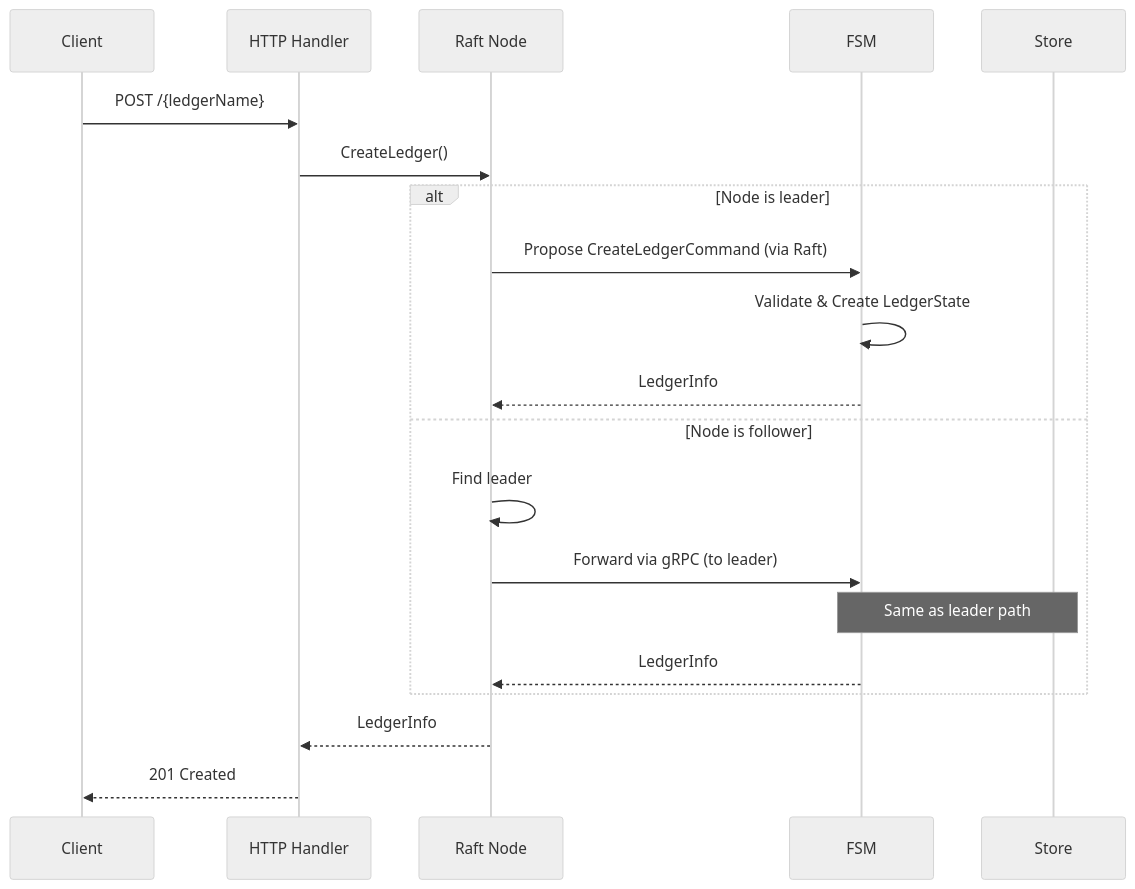
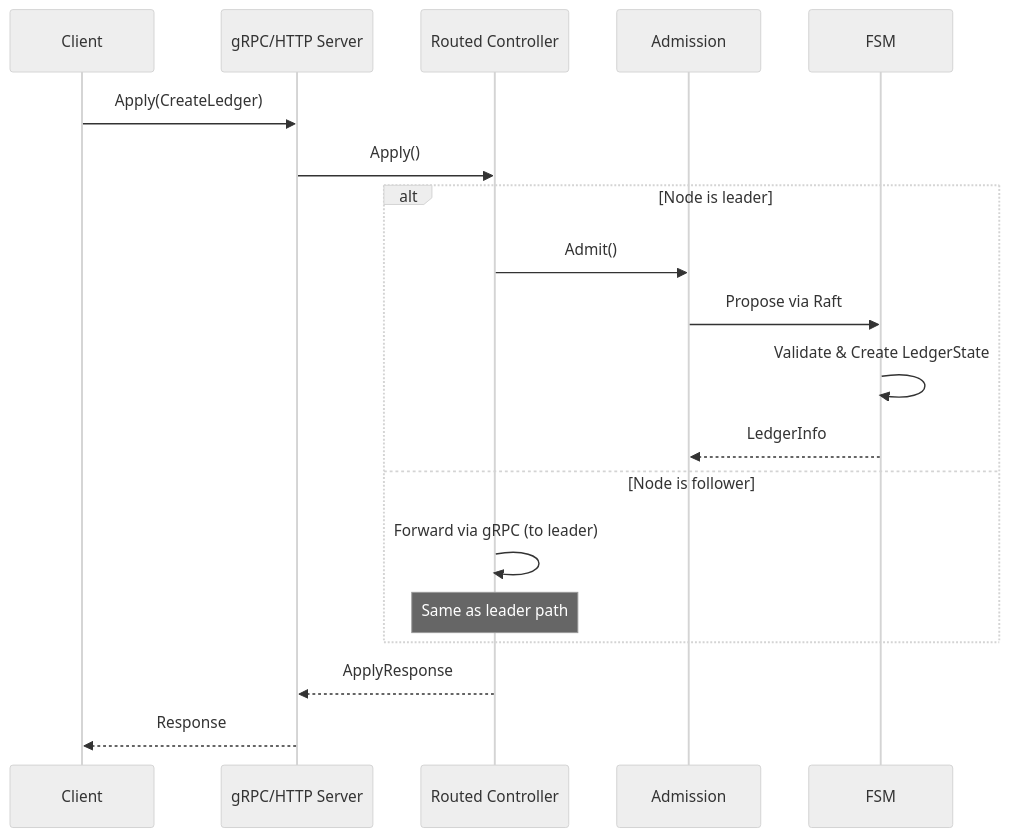
One commit to formancehq/ledger changed the fourth of 6 diagrams in docs/architecture/architecture.md. Above: the diagram before and after it, drawn with Mermaid (neutral theme). The commit also changed other lines of this file and 10 other files, not shown here.

First line of the commit message:
docs: fix outdated architecture documentation across 10 files

````diff
--- a/docs/architecture/architecture.md
+++ b/docs/architecture/architecture.md
@@ -194,25 +196,24 @@
 ```mermaid
 sequenceDiagram
     participant Client
-    participant HTTP as HTTP Handler
-    participant RaftNode as Raft Node
+    participant API as gRPC/HTTP Server
+    participant Ctrl as Routed Controller
+    participant Admission
     participant FSM as FSM
-    participant Storage as Store
-    
-    Client->>HTTP: POST /{ledgerName}
-    HTTP->>RaftNode: CreateLedger()
-    
+
+    Client->>API: Apply(CreateLedger)
+    API->>Ctrl: Apply()
+
     alt Node is leader
-        RaftNode->>FSM: Propose CreateLedgerCommand (via Raft)
+        Ctrl->>Admission: Admit()
+        Admission->>FSM: Propose via Raft
         FSM->>FSM: Validate & Create LedgerState
-        FSM-->>RaftNode: LedgerInfo
+        FSM-->>Admission: LedgerInfo
     else Node is follower
-        RaftNode->>RaftNode: Find leader
-        RaftNode->>FSM: Forward via gRPC (to leader)
-        Note over FSM,Storage: Same as leader path
-        FSM-->>RaftNode: LedgerInfo
+        Ctrl->>Ctrl: Forward via gRPC (to leader)
+        Note over Ctrl: Same as leader path
     end
-    
-    RaftNode-->>HTTP: LedgerInfo
-    HTTP-->>Client: 201 Created
+
+    Ctrl-->>API: ApplyResponse
+    API-->>Client: Response
 ```
````
